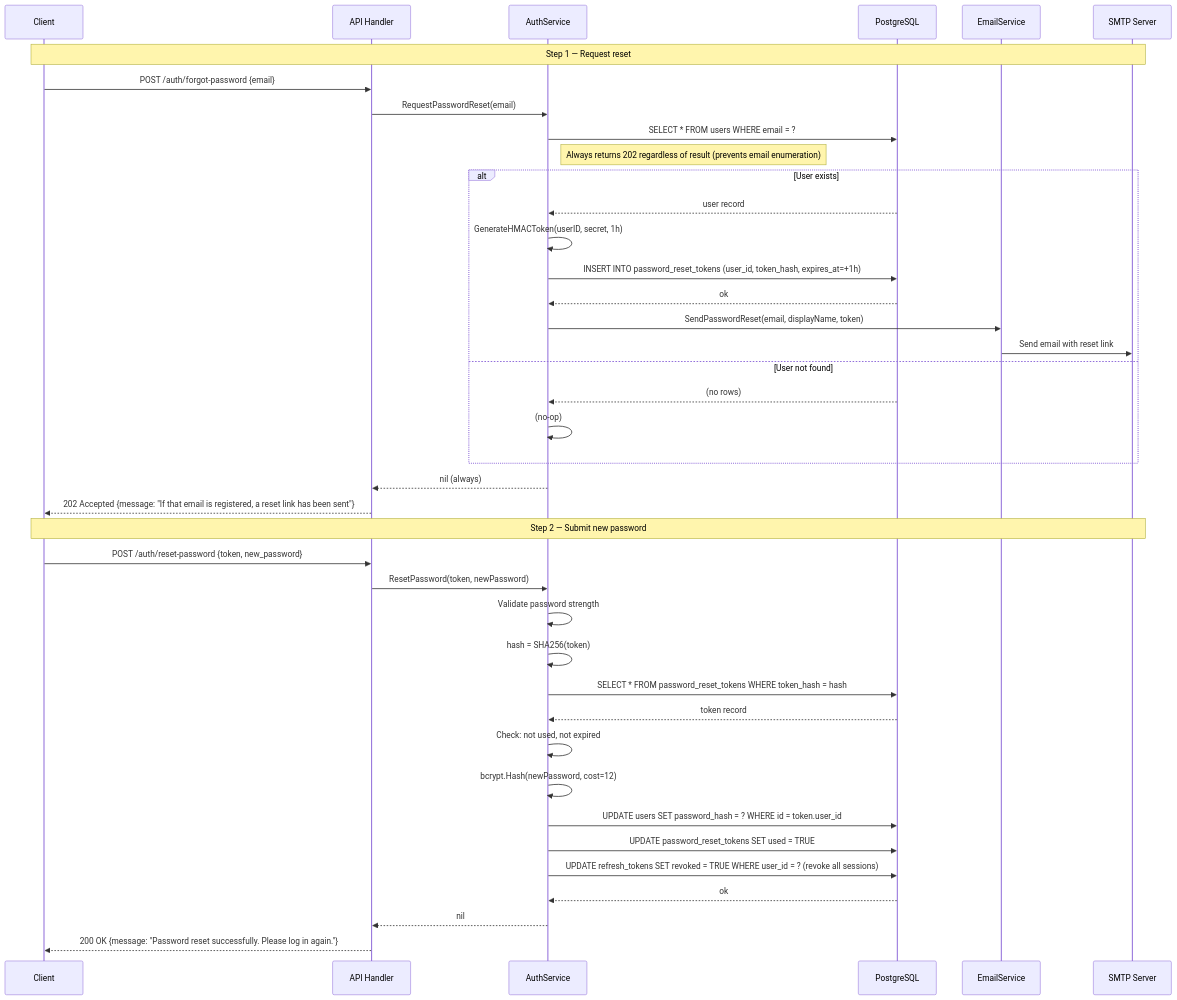
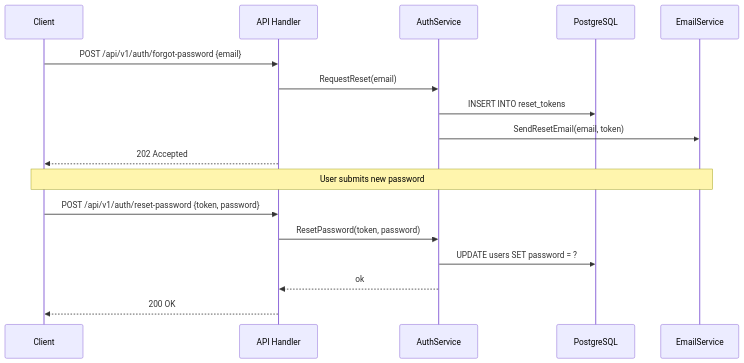
The sixth of 7 diagrams in docs/diagrams/Sequence_Diagrams.md (ABDELRAHMAN-ELRAYES/Vai), drawn with Mermaid before and after one commit. The commit also changed other lines of this file and 14 other files, not shown here.

````diff
--- a/docs/diagrams/Sequence_Diagrams.md
+++ b/docs/diagrams/Sequence_Diagrams.md
@@ -312,46 +226,22 @@
 ```mermaid
 sequenceDiagram
     participant C as Client
     participant H as API Handler
     participant AS as AuthService
     participant DB as PostgreSQL
     participant ES as EmailService
-    participant SMTP as SMTP Server
 
-    Note over C,SMTP: Step 1 — Request reset
+    C->>H: POST /api/v1/auth/forgot-password {email}
+    H->>AS: RequestReset(email)
+    AS->>DB: INSERT INTO reset_tokens
+    AS->>ES: SendResetEmail(email, token)
+    H-->>C: 202 Accepted
 
-    C->>H: POST /auth/forgot-password {email}
-    H->>AS: RequestPasswordReset(email)
-    AS->>DB: SELECT * FROM users WHERE email = ?
-    Note right of AS: Always returns 202 regardless of result (prevents email enumeration)
-    alt User exists
-        DB-->>AS: user record
-        AS->>AS: GenerateHMACToken(userID, secret, 1h)
-        AS->>DB: INSERT INTO password_reset_tokens (user_id, token_hash, expires_at=+1h)
-        DB-->>AS: ok
-        AS->>ES: SendPasswordReset(email, displayName, token)
-        ES->>SMTP: Send email with reset link
-    else User not found
-        DB-->>AS: (no rows)
-        AS->>AS: (no-op)
-    end
-    AS-->>H: nil (always)
-    H-->>C: 202 Accepted {message: "If that email is registered, a reset link has been sent"}
+    Note over C,ES: User submits new password
 
-    Note over C,SMTP: Step 2 — Submit new password
-
-    C->>H: POST /auth/reset-password {token, new_password}
-    H->>AS: ResetPassword(token, newPassword)
-    AS->>AS: Validate password strength
-    AS->>AS: hash = SHA256(token)
-    AS->>DB: SELECT * FROM password_reset_tokens WHERE token_hash = hash
-    DB-->>AS: token record
-    AS->>AS: Check: not used, not expired
-    AS->>AS: bcrypt.Hash(newPassword, cost=12)
-    AS->>DB: UPDATE users SET password_hash = ? WHERE id = token.user_id
-    AS->>DB: UPDATE password_reset_tokens SET used = TRUE
-    AS->>DB: UPDATE refresh_tokens SET revoked = TRUE WHERE user_id = ? (revoke all sessions)
-    DB-->>AS: ok
-    AS-->>H: nil
-    H-->>C: 200 OK {message: "Password reset successfully. Please log in again."}
+    C->>H: POST /api/v1/auth/reset-password {token, password}
+    H->>AS: ResetPassword(token, password)
+    AS->>DB: UPDATE users SET password = ?
+    AS-->>H: ok
+    H-->>C: 200 OK
 ```
````
